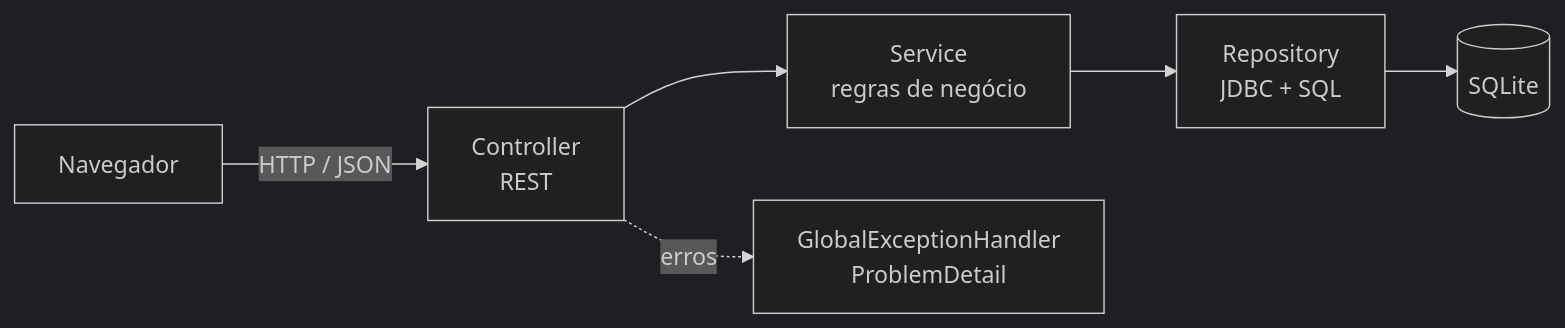
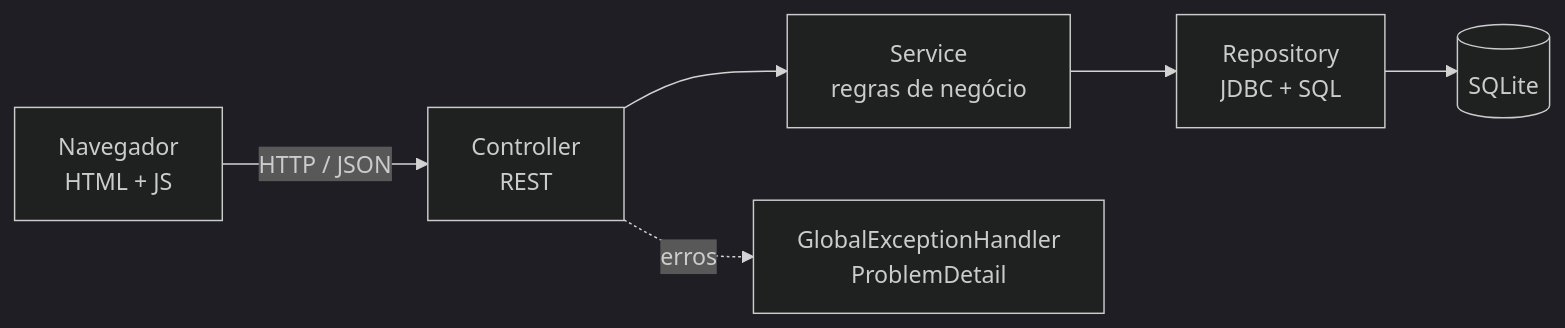
The second of 3 diagrams in README.md (mariialbano/CitizenTech), drawn with Mermaid (dark theme) before and after one commit. The commit also changed other lines of this file and 26 other files, not shown here.

````diff
--- a/README.md
+++ b/README.md
@@ -95,8 +112,8 @@
 ```mermaid
 flowchart LR
-    U[Navegador] -->|HTTP / JSON| C[Controller<br/>REST]
+    U[Navegador<br/>HTML + JS] -->|HTTP / JSON| C[Controller<br/>REST]
     C --> S[Service<br/>regras de negócio]
     S --> R[Repository<br/>JDBC + SQL]
     R --> DB[(SQLite)]
     C -.erros.-> H[GlobalExceptionHandler<br/>ProblemDetail]
 ```
````
